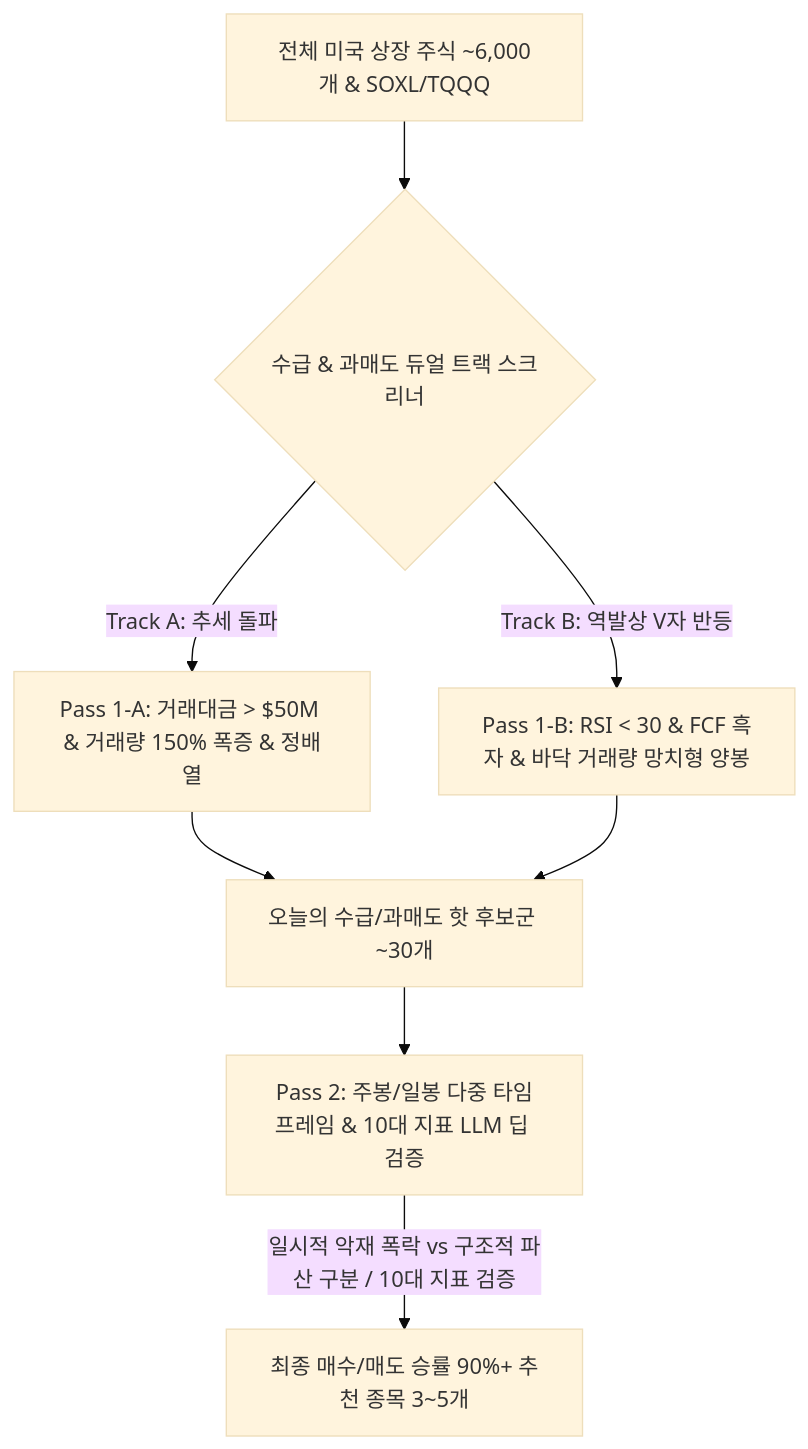
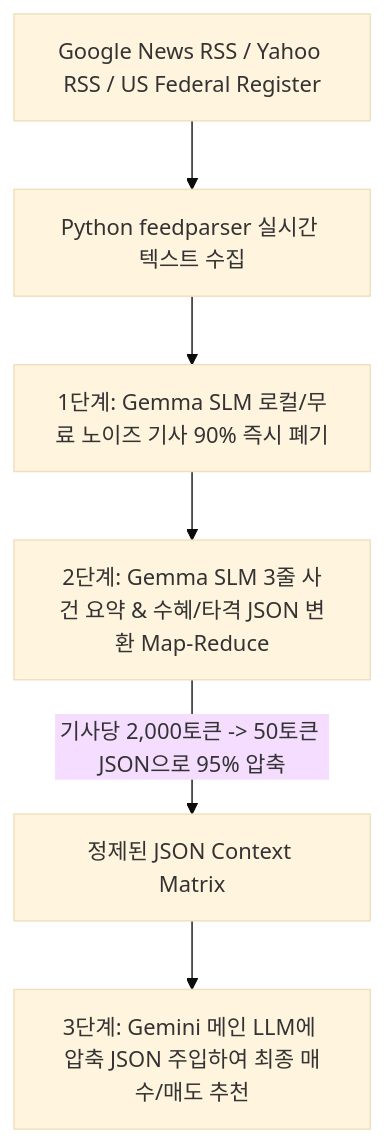
The diagram in docs/proposals/MACRO_STOCK_RECOMMENDATION_PROPOSAL.md (tjrdlsck/StockLatte), drawn with Mermaid (base theme) before and after one commit. The commit also changed other lines of this file, not shown here.

First line of the commit message:
[docs]: Gemma SLM 기반 뉴스 1차 요약 및 95% 토큰 압축 파이프라인 추가

````diff
--- a/docs/proposals/MACRO_STOCK_RECOMMENDATION_PROPOSAL.md
+++ b/docs/proposals/MACRO_STOCK_RECOMMENDATION_PROPOSAL.md
@@ -24,9 +22,8 @@
 ```mermaid
 flowchart TD
-    A[전체 미국 상장 주식 ~6,000개 & SOXL/TQQQ] --> B{수급 & 과매도 듀얼 트랙 스크리너}
-    B -- Track A: 추세 돌파 --> C1[Pass 1-A: 거래대금 > $50M & 거래량 150% 폭증 & 정배열]
-    B -- Track B: 역발상 V자 반등 --> C2[Pass 1-B: RSI < 30 & FCF 흑자 & 바닥 거래량 망치형 양봉]
-    C1 & C2 --> D[오늘의 수급/과매도 핫 후보군 ~30개]
-    D --> E[Pass 2: 주봉/일봉 다중 타임프레임 & 10대 지표 LLM 딥 검증]
-    E -- 일시적 악재 폭락 vs 구조적 파산 구분 / 10대 지표 검증 --> F[최종 매수/매도 승률 90%+ 추천 종목 3~5개]
+    A[Google News RSS / Yahoo RSS / US Federal Register] --> B[Python feedparser 실시간 텍스트 수집]
+    B --> C[1단계: Gemma SLM 로컬/무료 노이즈 기사 90% 즉시 폐기]
+    C --> D[2단계: Gemma SLM 3줄 사건 요약 & 수혜/타격 JSON 변환 Map-Reduce]
+    D -- 기사당 2,000토큰 -> 50토큰 JSON으로 95% 압축 --> E[정제된 JSON Context Matrix]
+    E --> F[3단계: Gemini 메인 LLM에 압축 JSON 주입하여 최종 매수/매도 추천]
 ```
````
